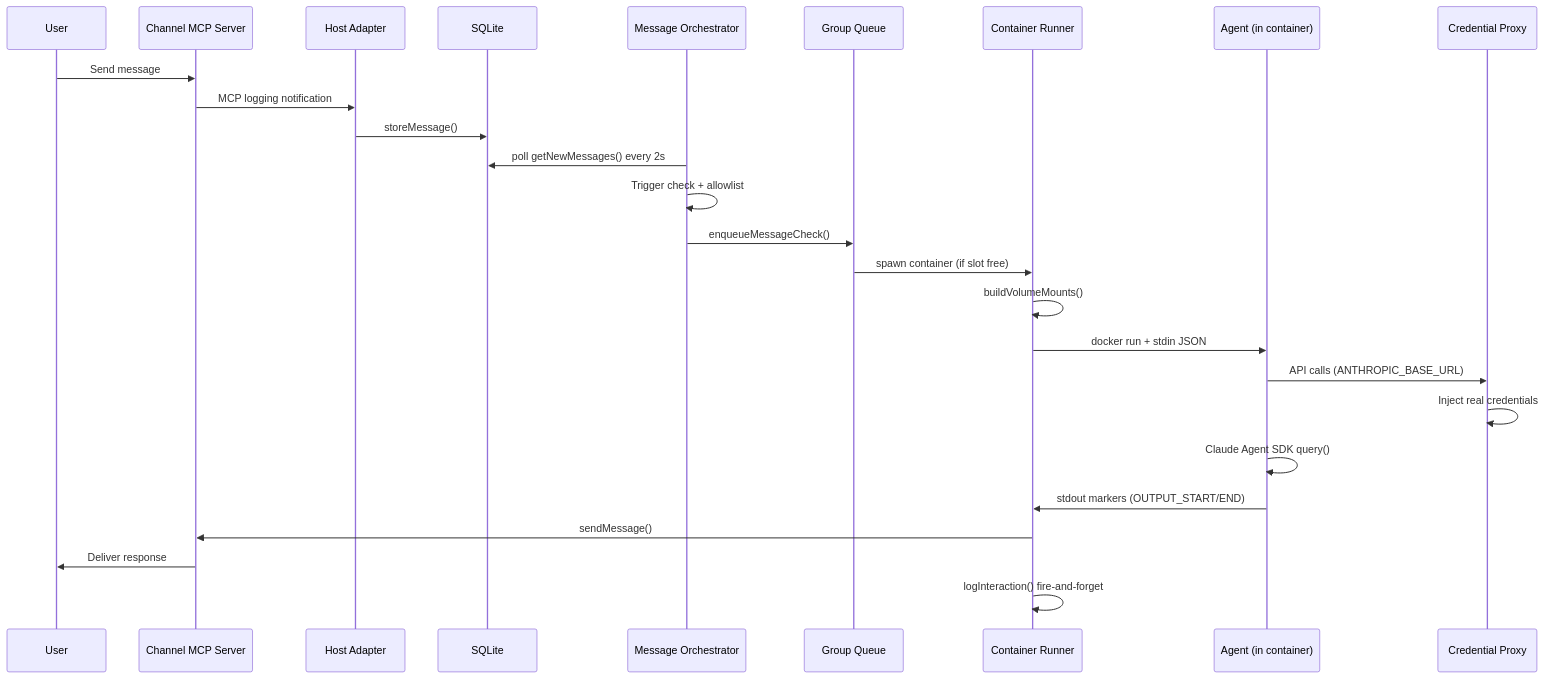
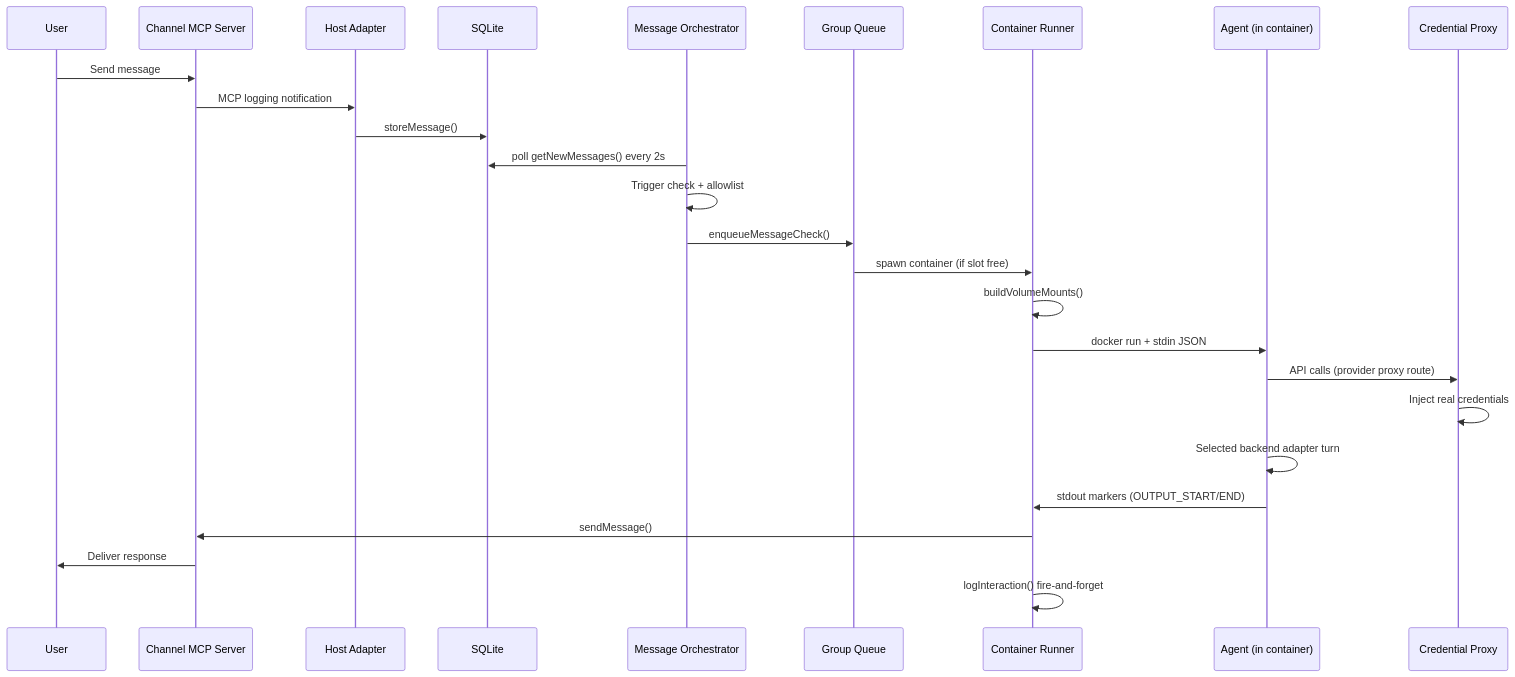
One commit to sliamh11/nanoclaw changed the second of 8 diagrams in docs/ARCHITECTURE.md. Above: the diagram before and after it, drawn with Mermaid. The commit also changed other lines of this file and 66 other files, not shown here.

First line of the commit message:
feat: backend-neutral agent runtime with registry and multi-backend docs (#246)

````diff
--- a/docs/ARCHITECTURE.md
+++ b/docs/ARCHITECTURE.md
@@ -86,29 +86,29 @@
 ```mermaid
 sequenceDiagram
     participant U as User
     participant CH as Channel MCP Server
     participant HA as Host Adapter
     participant DB as SQLite
     participant MO as Message Orchestrator
     participant GQ as Group Queue
     participant CR as Container Runner
     participant AG as Agent (in container)
     participant CP as Credential Proxy
 
     U->>CH: Send message
     CH->>HA: MCP logging notification
     HA->>DB: storeMessage()
     MO->>DB: poll getNewMessages() every 2s
     MO->>MO: Trigger check + allowlist
     MO->>GQ: enqueueMessageCheck()
     GQ->>CR: spawn container (if slot free)
     CR->>CR: buildVolumeMounts()
     CR->>AG: docker run + stdin JSON
-    AG->>CP: API calls (ANTHROPIC_BASE_URL)
+    AG->>CP: API calls (provider proxy route)
     CP->>CP: Inject real credentials
-    AG->>AG: Claude Agent SDK query()
+    AG->>AG: Selected backend adapter turn
     AG->>CR: stdout markers (OUTPUT_START/END)
     CR->>CH: sendMessage()
     CH->>U: Deliver response
     CR->>CR: logInteraction() fire-and-forget
 ```
````
